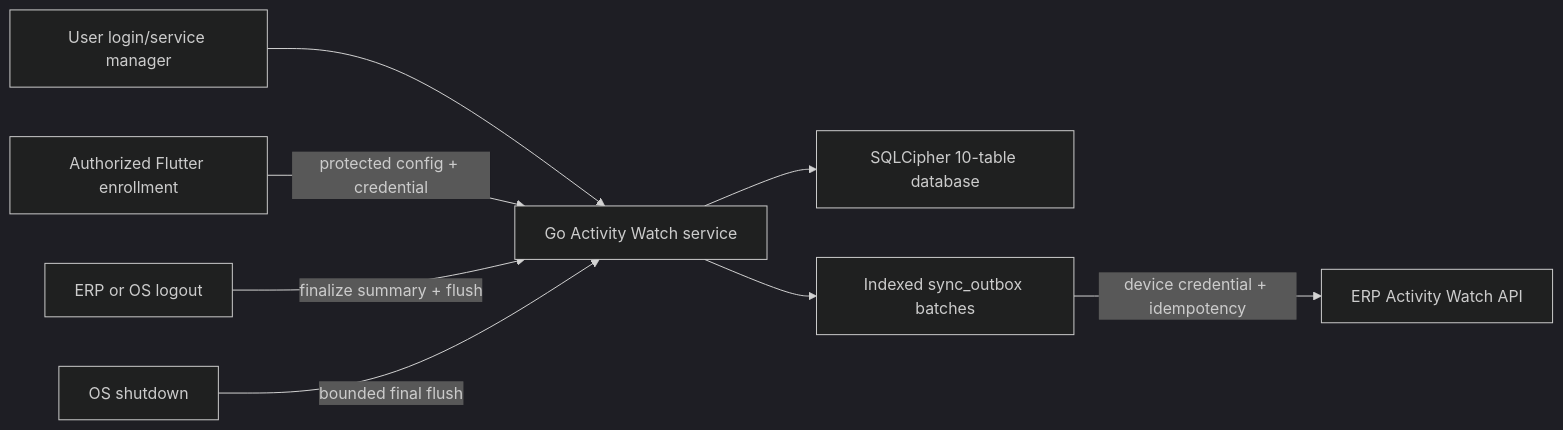
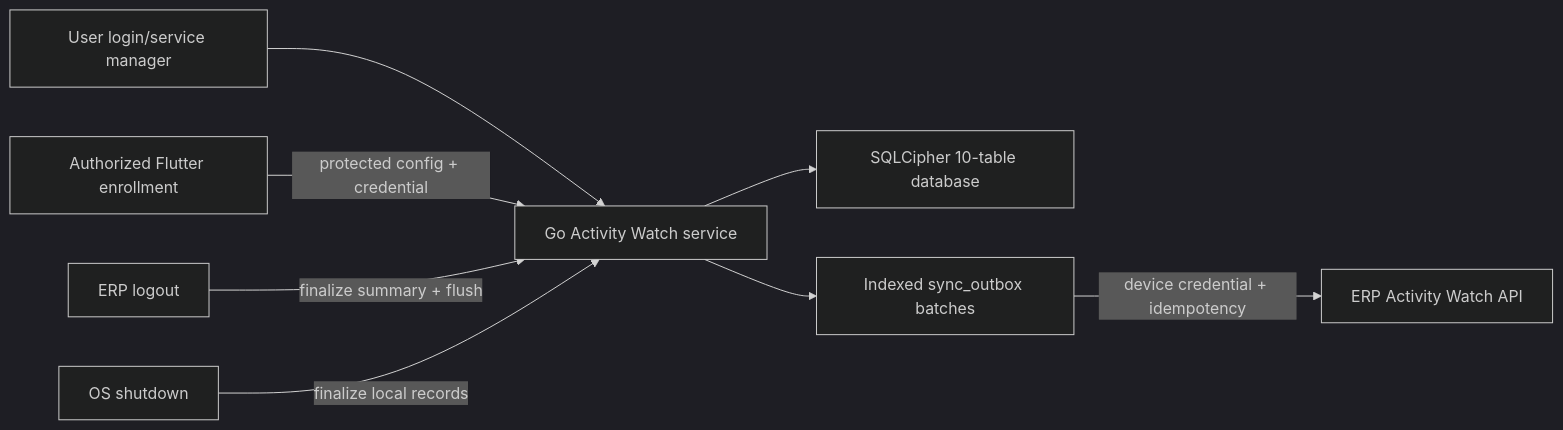
Before and after one commit to mithra4897/billing-flutter: the second of 3 diagrams in docs/ARCHITECTURE.md, drawn with Mermaid (dark theme). The commit also changed other lines of this file and 11 other files, not shown here.

Commit message:
Restrict Activity Watch uploads to ERP logout only and add macOS USB metadata monitoring.

````diff
--- a/docs/ARCHITECTURE.md
+++ b/docs/ARCHITECTURE.md
@@ -58,10 +58,10 @@
 ```mermaid
 flowchart LR
     OS["User login/service manager"] --> Service["Go Activity Watch service"]
     Flutter["Authorized Flutter enrollment"] -->|"protected config + credential"| Service
     Service --> DB["SQLCipher 10-table database"]
     Service --> Outbox["Indexed sync_outbox batches"]
     Outbox -->|"device credential + idempotency"| ERP["ERP Activity Watch API"]
-    Logout["ERP or OS logout"] -->|"finalize summary + flush"| Service
-    Shutdown["OS shutdown"] -->|"bounded final flush"| Service
+    Logout["ERP logout"] -->|"finalize summary + flush"| Service
+    Shutdown["OS shutdown"] -->|"finalize local records"| Service
 ```
````
